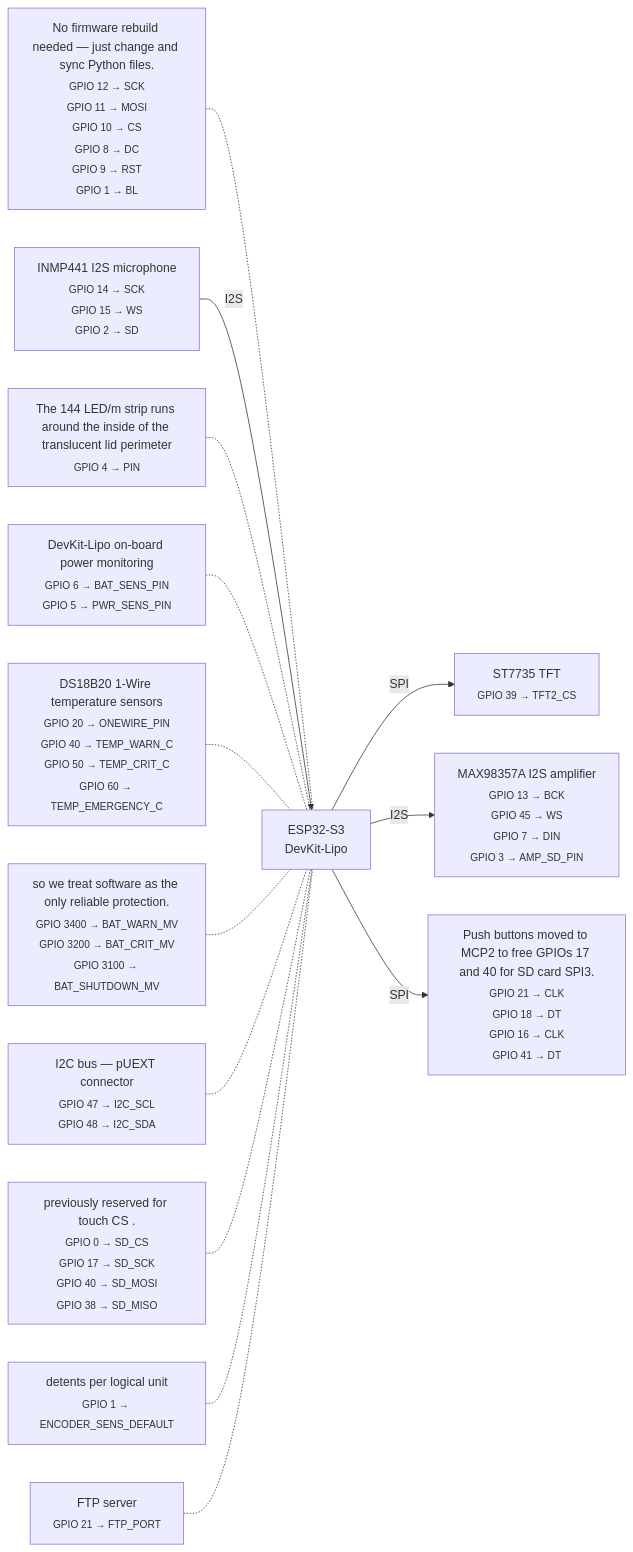
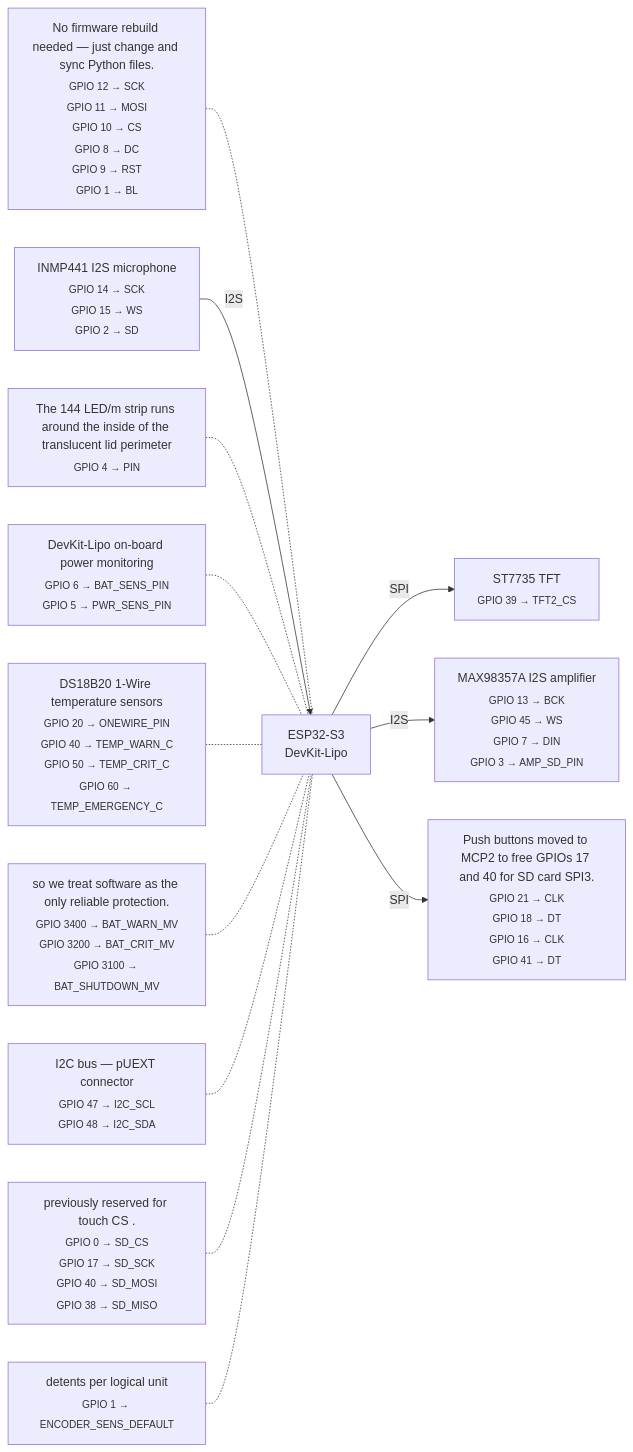
The diagram in docs/wiring.md (mandakan/bodn-esp32), drawn with Mermaid before and after one commit. The commit also changed other lines of this file and 14 other files, not shown here.

First line of the commit message:
chore: remove FTP server + ftp-sync tool (#178)

````diff
--- a/docs/wiring.md
+++ b/docs/wiring.md
@@ -8,44 +8,41 @@
 ```mermaid
 graph LR
     ESP["ESP32-S3<br/>DevKit-Lipo"]
 
     NofirmwarerebuildneededjustchangeandsyncPythonfiles["No firmware rebuild needed — just change and sync Python files.<br/><sub>GPIO 12 → SCK<br/>GPIO 11 → MOSI<br/>GPIO 10 → CS<br/>GPIO 8 → DC<br/>GPIO 9 → RST<br/>GPIO 1 → BL</sub>"]
     NofirmwarerebuildneededjustchangeandsyncPythonfiles -.- ESP
 
     ST7735TFT["ST7735 TFT<br/><sub>GPIO 39 → TFT2_CS</sub>"]
     ESP -- SPI --> ST7735TFT
 
     INMP441I2Smicrophone["INMP441 I2S microphone<br/><sub>GPIO 14 → SCK<br/>GPIO 15 → WS<br/>GPIO 2 → SD</sub>"]
     INMP441I2Smicrophone -- I2S --> ESP
 
     MAX98357AI2Samplifier["MAX98357A I2S amplifier<br/><sub>GPIO 13 → BCK<br/>GPIO 45 → WS<br/>GPIO 7 → DIN<br/>GPIO 3 → AMP_SD_PIN</sub>"]
     ESP -- I2S --> MAX98357AI2Samplifier
 
     PushbuttonsmovedtoMCP2tofreeGPIOs17and40forSDcardSPI3["Push buttons moved to MCP2 to free GPIOs 17 and 40 for SD card SPI3.<br/><sub>GPIO 21 → CLK<br/>GPIO 18 → DT<br/>GPIO 16 → CLK<br/>GPIO 41 → DT</sub>"]
     ESP -- SPI --> PushbuttonsmovedtoMCP2tofreeGPIOs17and40forSDcardSPI3
 
     The144LEDmstriprunsaroundtheinsideofthetranslucentlidperimeter["The 144 LED/m strip runs around the inside of the translucent lid perimeter<br/><sub>GPIO 4 → PIN</sub>"]
     The144LEDmstriprunsaroundtheinsideofthetranslucentlidperimeter -.- ESP
 
     DevKitLipoonboardpowermonitoring["DevKit-Lipo on-board power monitoring<br/><sub>GPIO 6 → BAT_SENS_PIN<br/>GPIO 5 → PWR_SENS_PIN</sub>"]
     DevKitLipoonboardpowermonitoring -.- ESP
 
     DS18B201Wiretemperaturesensors["DS18B20 1-Wire temperature sensors<br/><sub>GPIO 20 → ONEWIRE_PIN<br/>GPIO 40 → TEMP_WARN_C<br/>GPIO 50 → TEMP_CRIT_C<br/>GPIO 60 → TEMP_EMERGENCY_C</sub>"]
     DS18B201Wiretemperaturesensors -.- ESP
 
     sowetreatsoftwareastheonlyreliableprotection["so we treat software as the only reliable protection.<br/><sub>GPIO 3400 → BAT_WARN_MV<br/>GPIO 3200 → BAT_CRIT_MV<br/>GPIO 3100 → BAT_SHUTDOWN_MV</sub>"]
     sowetreatsoftwareastheonlyreliableprotection -.- ESP
 
     I2CbuspUEXTconnector["I2C bus — pUEXT connector<br/><sub>GPIO 47 → I2C_SCL<br/>GPIO 48 → I2C_SDA</sub>"]
     I2CbuspUEXTconnector -.- ESP
 
     previouslyreservedfortouchCS["previously reserved for touch CS .<br/><sub>GPIO 0 → SD_CS<br/>GPIO 17 → SD_SCK<br/>GPIO 40 → SD_MOSI<br/>GPIO 38 → SD_MISO</sub>"]
     previouslyreservedfortouchCS -.- ESP
 
     detentsperlogicalunit["detents per logical unit<br/><sub>GPIO 1 → ENCODER_SENS_DEFAULT</sub>"]
     detentsperlogicalunit -.- ESP
 
-    FTPserver["FTP server<br/><sub>GPIO 21 → FTP_PORT</sub>"]
-    FTPserver -.- ESP
-
 ```
````
